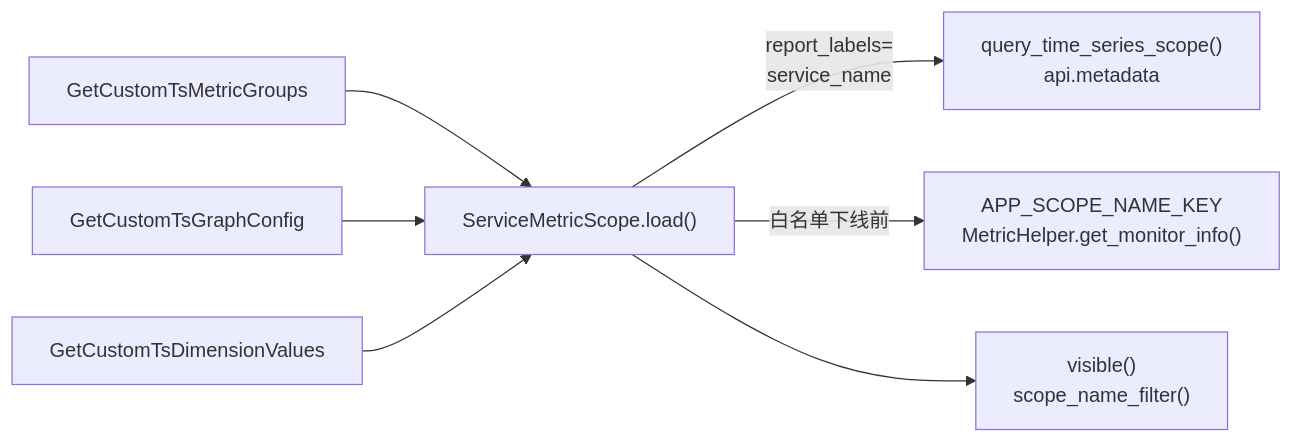
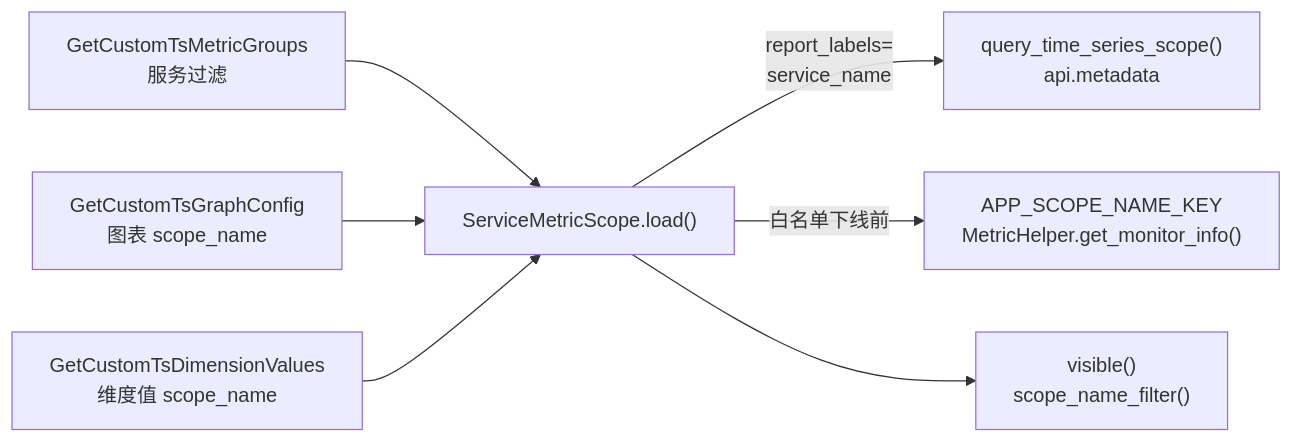
Diagram 30 of 34 in knowledge/bkmonitor/issues/2026-09-15-custom-metric-metadata/PLAN.md (ZhuoZhuoCrayon/ai-workspace), drawn with Mermaid before and after one commit. The commit also changed other lines of this file and 4 other files, not shown here.

Commit message:
docs(issue): retest custom metric metadata relation tables at upper scale on MySQL 5.7

````diff
--- a/knowledge/bkmonitor/issues/2026-09-15-custom-metric-metadata/PLAN.md
+++ b/knowledge/bkmonitor/issues/2026-09-15-custom-metric-metadata/PLAN.md
@@ -1047,9 +1798,9 @@
 ```mermaid
 flowchart LR
-    Tree["GetCustomTsMetricGroups"] --> Load["ServiceMetricScope.load()"]
-    Graph["GetCustomTsGraphConfig"] --> Load
-    Dim["GetCustomTsDimensionValues"] --> Load
+    Tree["GetCustomTsMetricGroups<br/>服务过滤"] --> Load["ServiceMetricScope.load()"]
+    Graph["GetCustomTsGraphConfig<br/>图表 scope_name"] --> Load
+    Dim["GetCustomTsDimensionValues<br/>维度值 scope_name"] --> Load
     Load -->|"report_labels=<br/>service_name"| Scope["query_time_series_scope()<br/>api.metadata"]
     Load -->|"白名单下线前"| White["APP_SCOPE_NAME_KEY<br/>MetricHelper.get_monitor_info()"]
     Load --> Obj["visible()<br/>scope_name_filter()"]
 ```
````
